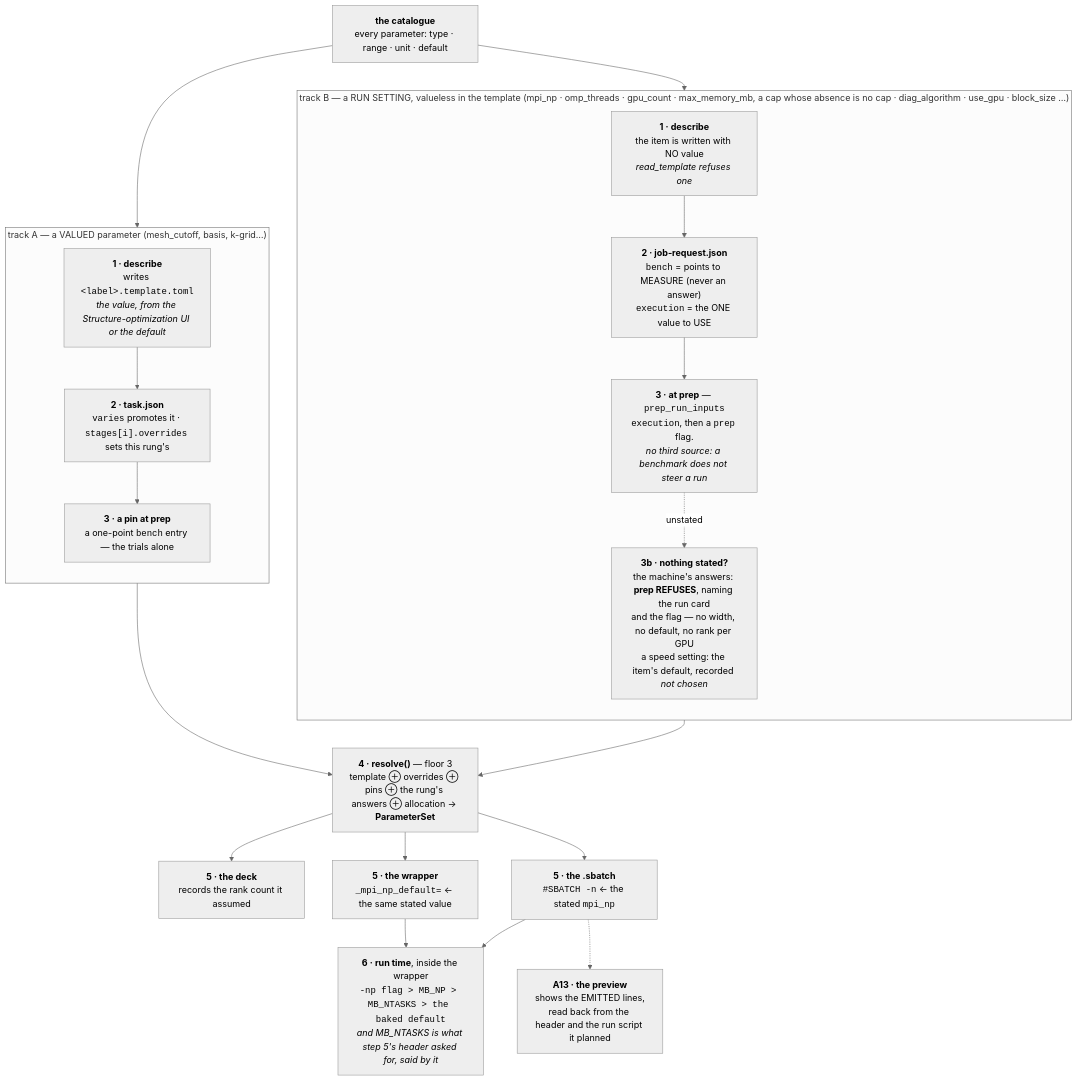
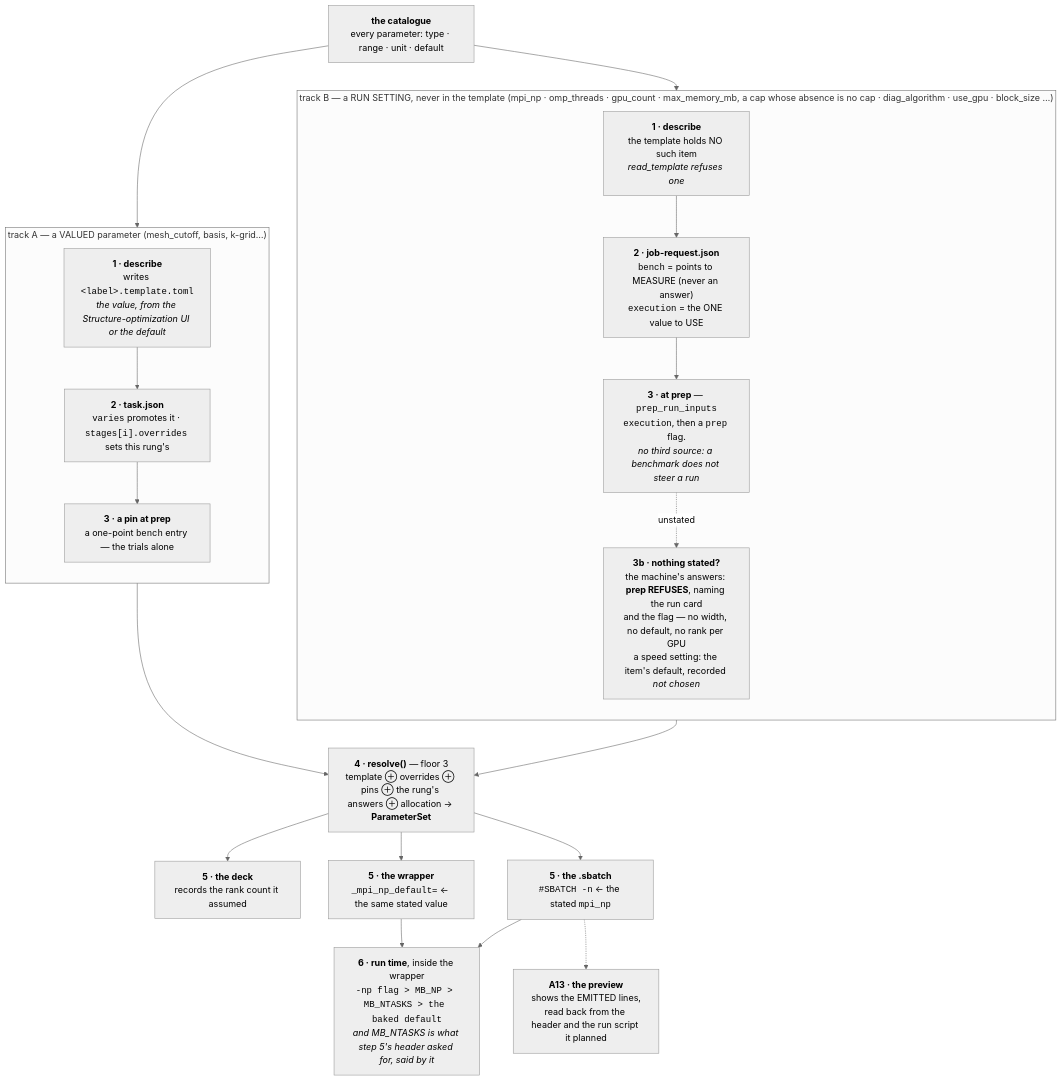
The sixth of 10 diagrams in docs/execution/architecture.md (Qing-LAB/molbuilder), drawn with Mermaid (neutral theme) before and after one commit. The commit also changed other lines of this file and 45 other files, not shown here.

````diff
--- a/docs/execution/architecture.md
+++ b/docs/execution/architecture.md
@@ -708,40 +708,40 @@
 ```mermaid
 flowchart TB
     CAT["<b>the catalogue</b><br/>every parameter: type · range · unit · default"]
 
     subgraph VAL["track A — a VALUED parameter (mesh_cutoff, basis, k-grid…)"]
         direction TB
         A1["<b>1 · describe</b><br/>writes <code>&lt;label&gt;.template.toml</code><br/><i>the value, from the Structure-optimization UI or the default</i>"]
         A2["<b>2 · task.json</b><br/><code>varies</code> promotes it · <code>stages[i].overrides</code> sets this rung's"]
         A3["<b>3 · a pin at prep</b><br/>a one-point <code>bench</code> entry — the trials alone"]
         A1 --> A2 --> A3
     end
 
-    subgraph MACH["track B — a RUN SETTING, valueless in the template (mpi_np · omp_threads · gpu_count · max_memory_mb, a cap whose absence is no cap · diag_algorithm · use_gpu · block_size …)"]
+    subgraph MACH["track B — a RUN SETTING, never in the template (mpi_np · omp_threads · gpu_count · max_memory_mb, a cap whose absence is no cap · diag_algorithm · use_gpu · block_size …)"]
         direction TB
-        B1["<b>1 · describe</b><br/>the item is written with NO value<br/><i>read_template refuses one</i>"]
+        B1["<b>1 · describe</b><br/>the template holds NO such item<br/><i>read_template refuses one</i>"]
         B2["<b>2 · job-request.json</b><br/><code>bench</code> = points to MEASURE (never an answer)<br/><code>execution</code> = the ONE value to USE"]
         B3["<b>3 · at prep</b> — <code>prep_run_inputs</code><br/><code>execution</code>, then a <code>prep</code> flag.<br/><i>no third source: a benchmark does not steer a run</i>"]
         B4["<b>3b · nothing stated?</b><br/>the machine's answers: <b>prep REFUSES</b>, naming the run card<br/>and the flag — no width, no default, no rank per GPU<br/>a speed setting: the item's default, recorded <i>not chosen</i>"]
         B1 --> B2 --> B3
         B3 -.->|"unstated"| B4
     end
 
     RES["<b>4 · resolve()</b> — floor 3<br/>template ⊕ overrides ⊕ pins ⊕ the rung's answers ⊕ allocation → <b>ParameterSet</b>"]
     DECK["<b>5 · the deck</b><br/>records the rank count it assumed"]
     SB["<b>5 · the .sbatch</b><br/><code>#SBATCH -n</code> ← the stated <code>mpi_np</code>"]
     WRAP["<b>5 · the wrapper</b><br/><code>_mpi_np_default=</code> ← the same stated value"]
     RUN["<b>6 · run time</b>, inside the wrapper<br/><code>-np flag &gt; MB_NP &gt; MB_NTASKS &gt; the baked default</code><br/><i>and MB_NTASKS is what step 5's header asked for, said by it</i>"]
     CARD["<b>A13 · the preview</b><br/>shows the EMITTED lines,<br/>read back from the header and the run script it planned"]
 
     CAT --> A1
     CAT --> B1
     A3 --> RES
     B3 --> RES
     RES --> DECK
     RES --> SB
     RES --> WRAP
     SB --> RUN
     WRAP --> RUN
     SB -.-> CARD
 ```
````
